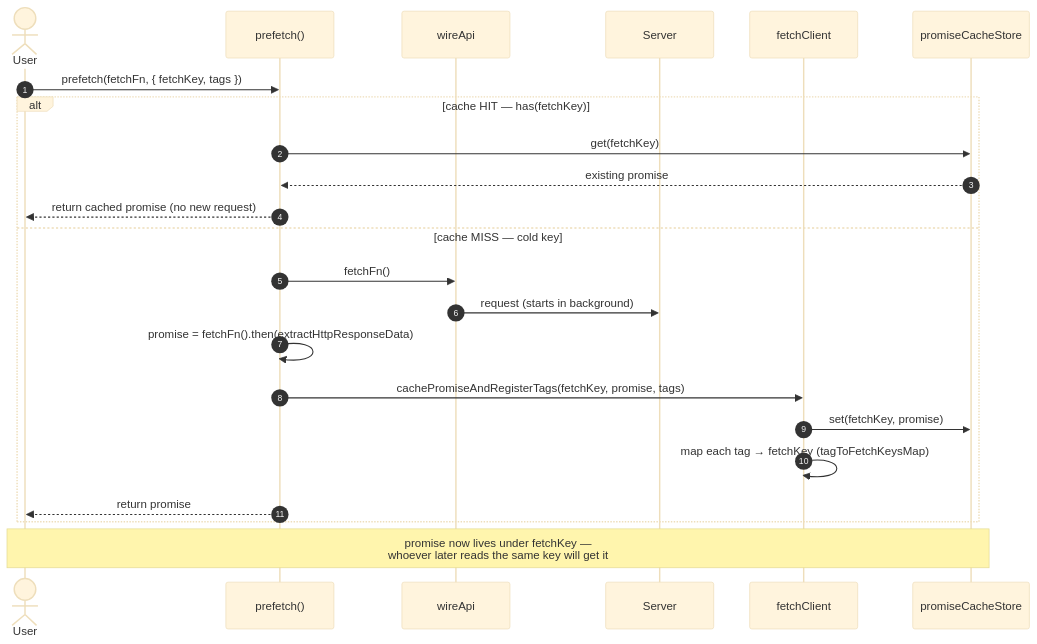
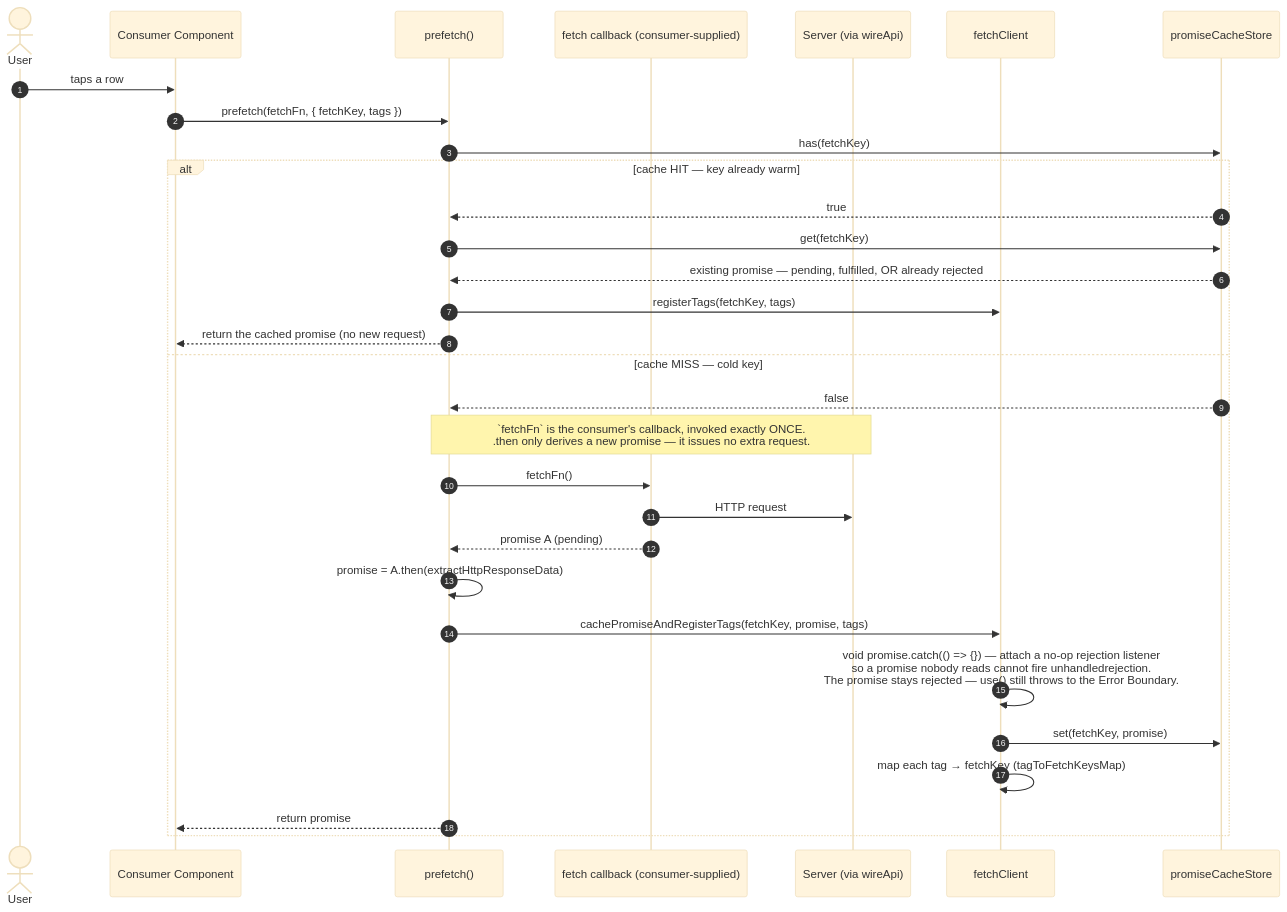
Before and after one commit to chuhaiphu/fetchwire: the second of 3 diagrams in docs/architecture/PREFETCH-FLOW.md, drawn with Mermaid (base theme). The commit also changed other lines of this file and 14 other files, not shown here.

First line of the commit message:
refactor: improve error handling and documentation across fetch and mutation hooks

````diff
--- a/docs/architecture/PREFETCH-FLOW.md
+++ b/docs/architecture/PREFETCH-FLOW.md
@@ -35,28 +36,38 @@
 ```mermaid
 sequenceDiagram
     autonumber
     actor User
+    participant Cmp as Consumer Component
     participant PF as prefetch()
-    participant Wire as wireApi
-    participant API as Server
+    participant Fn as fetch callback (consumer-supplied)
+    participant API as Server (via wireApi)
     participant FC as fetchClient
     participant Cache as promiseCacheStore
 
-    User->>PF: prefetch(fetchFn, { fetchKey, tags })
+    User->>Cmp: taps a row
+    Cmp->>PF: prefetch(fetchFn, { fetchKey, tags })
 
-    alt cache HIT — has(fetchKey)
+    PF->>Cache: has(fetchKey)
+
+    alt cache HIT — key already warm
+        Cache-->>PF: true
         PF->>Cache: get(fetchKey)
-        Cache-->>PF: existing promise
-        PF-->>User: return cached promise (no new request)
+        Cache-->>PF: existing promise — pending, fulfilled, OR already rejected
+        PF->>FC: registerTags(fetchKey, tags)
+        PF-->>Cmp: return the cached promise (no new request)
     else cache MISS — cold key
-        PF->>Wire: fetchFn()
-        Wire->>API: request (starts in background)
-        PF->>PF: promise = fetchFn().then(extractHttpResponseData)
+        Cache-->>PF: false
+
+        Note over PF,API: `fetchFn` is the consumer's callback, invoked exactly ONCE.<br/>.then only derives a new promise — it issues no extra request.
+        PF->>Fn: fetchFn()
+        Fn->>API: HTTP request
+        Fn-->>PF: promise A (pending)
+        PF->>PF: promise = A.then(extractHttpResponseData)
+
         PF->>FC: cachePromiseAndRegisterTags(fetchKey, promise, tags)
+        FC->>FC: void promise.catch(() => {}) — attach a no-op rejection listener<br/>so a promise nobody reads cannot fire unhandledrejection.<br/>The promise stays rejected — use() still throws to the Error Boundary.
         FC->>Cache: set(fetchKey, promise)
         FC->>FC: map each tag → fetchKey (tagToFetchKeysMap)
-        PF-->>User: return promise
+        PF-->>Cmp: return promise
     end
-
-    Note over User,Cache: promise now lives under fetchKey —<br/>whoever later reads the same key will get it
 ```
````
